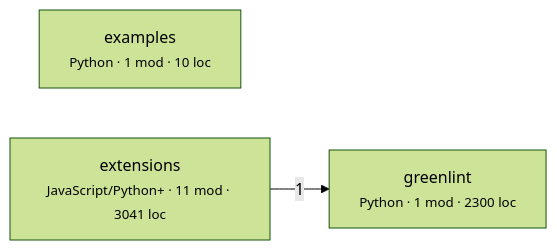
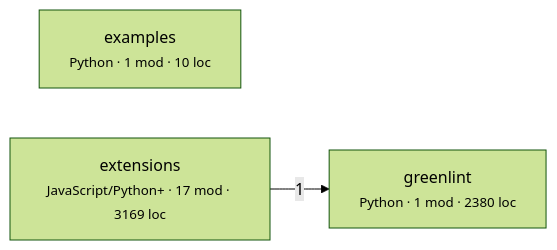
One commit to fabiocicerchia/greenlint changed the first of 3 diagrams in ARCHITECTURE.md. Above: the diagram before and after it, drawn with Mermaid (forest theme). The commit also changed other lines of this file and 1 other file, not shown here.

Commit message:
docs(DOCS): regenerate the architecture map after the module splits

````diff
--- a/ARCHITECTURE.md
+++ b/ARCHITECTURE.md
@@ -307,7 +276,7 @@
 ```mermaid
 graph LR
   examples["examples<br/><small>Python · 1 mod · 10 loc</small>"]
-  extensions["extensions<br/><small>JavaScript/Python+ · 11 mod · 3041 loc</small>"]
-  greenlint["greenlint<br/><small>Python · 1 mod · 2300 loc</small>"]
+  extensions["extensions<br/><small>JavaScript/Python+ · 17 mod · 3169 loc</small>"]
+  greenlint["greenlint<br/><small>Python · 1 mod · 2380 loc</small>"]
   extensions -->|1| greenlint
 ```
````
